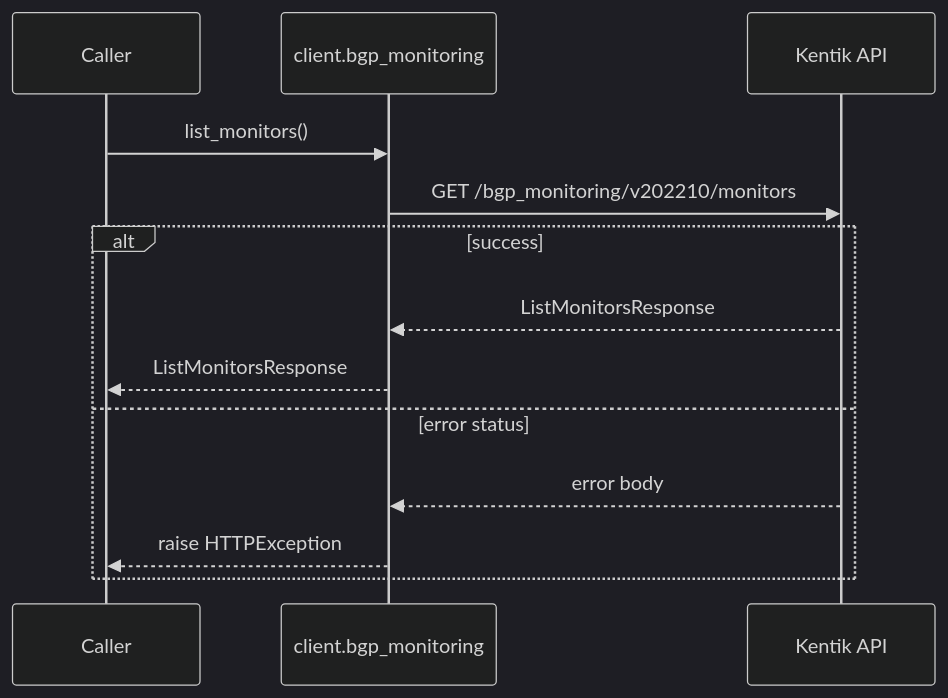
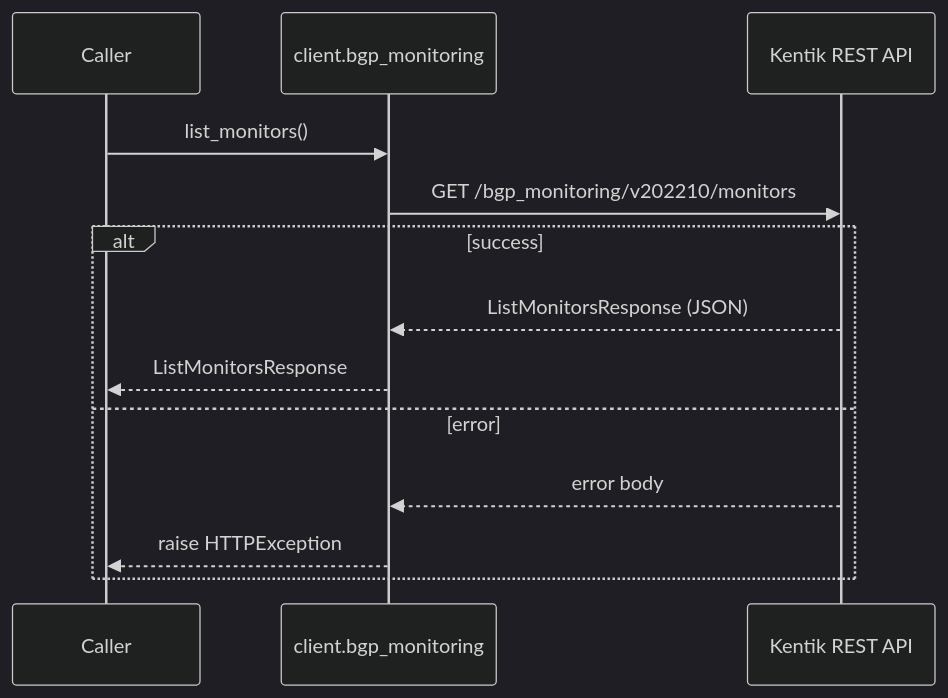
The sixth of 18 diagrams in docs/sphinx/services/bgp_monitoring.md (alexdearaujo/community_sdk_python), drawn with Mermaid (dark theme) before and after one commit. The commit also changed other lines of this file and 61 other files, not shown here.

````diff
--- a/docs/sphinx/services/bgp_monitoring.md
+++ b/docs/sphinx/services/bgp_monitoring.md
@@ -135,16 +187,16 @@
 ```mermaid
 sequenceDiagram
     participant C as Caller
     participant W as client.bgp_monitoring
-    participant API as Kentik API
+    participant API as Kentik REST API
 
     C->>W: list_monitors()
     W->>API: GET /bgp_monitoring/v202210/monitors
     alt success
-        API-->>W: ListMonitorsResponse
+        API-->>W: ListMonitorsResponse (JSON)
         W-->>C: ListMonitorsResponse
-    else error status
+    else error
         API-->>W: error body
         W-->>C: raise HTTPException
     end
 ```
````
